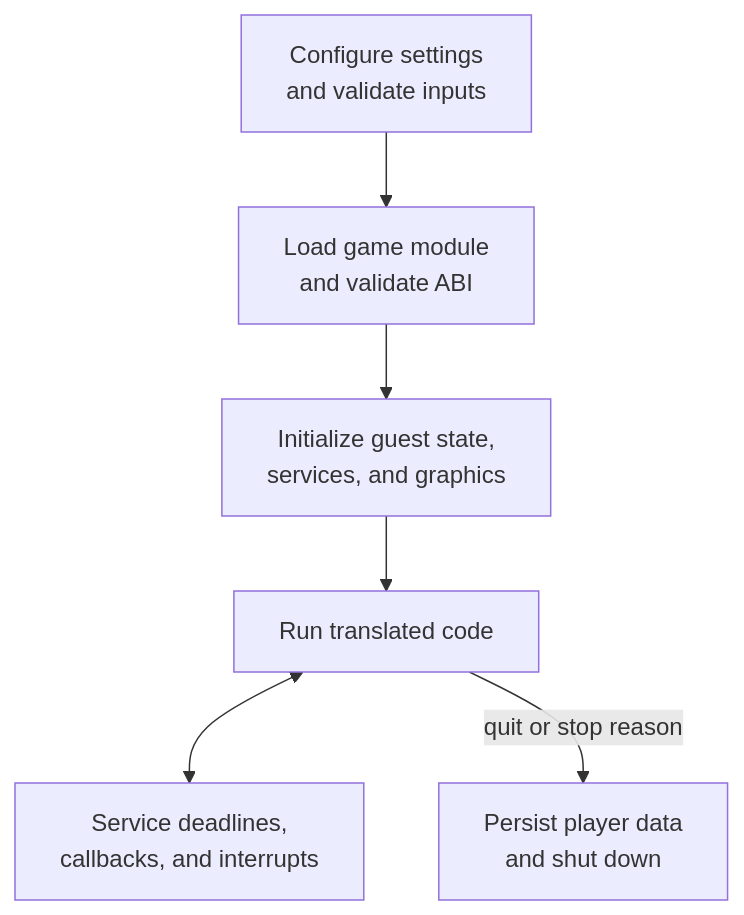
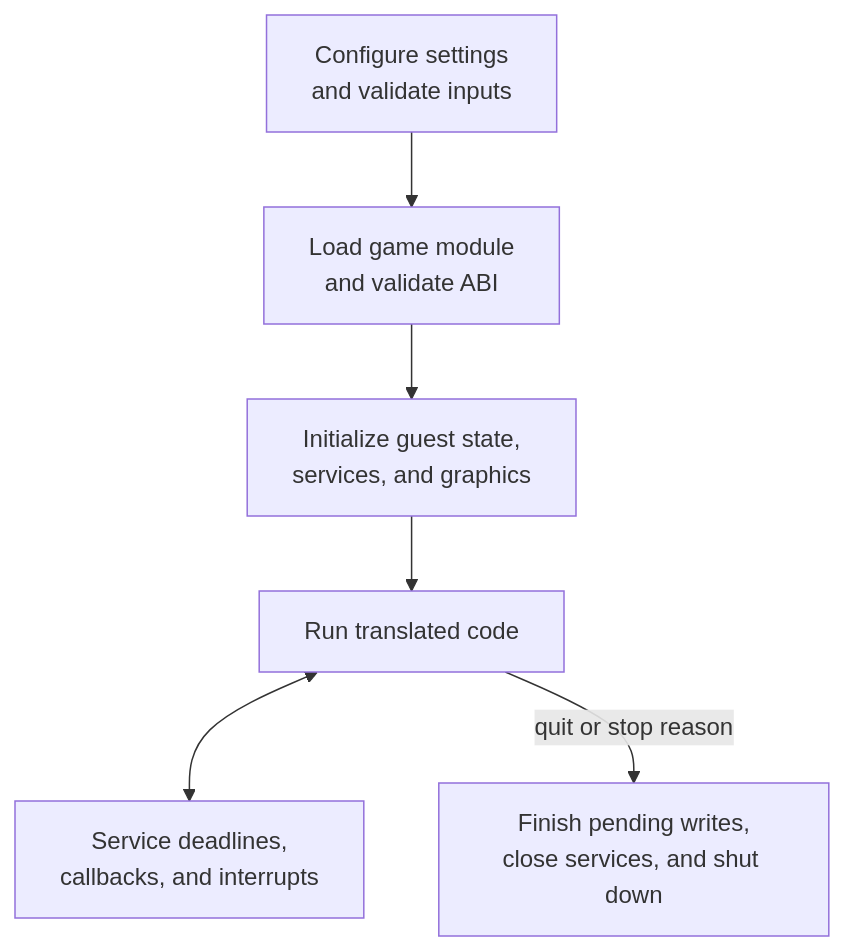
Before and after one commit to Aelbannan/boat_of_daphnes: the eighth of 9 diagrams in docs/architecture/Host.md, drawn with Mermaid. The commit also changed other lines of this file and 3 other files, not shown here.

Commit message:
docs: align runtime architecture contracts

````diff
--- a/docs/architecture/Host.md
+++ b/docs/architecture/Host.md
@@ -256,13 +256,13 @@
 ```mermaid
 flowchart TD
     Configure["Configure settings<br/>and validate inputs"]
     Load["Load game module<br/>and validate ABI"]
     Initialize["Initialize guest state,<br/>services, and graphics"]
     Run["Run translated code"]
     Service["Service deadlines,<br/>callbacks, and interrupts"]
-    Stop["Persist player data<br/>and shut down"]
+    Stop["Finish pending writes,<br/>close services, and shut down"]
 
     Configure --> Load --> Initialize --> Run
     Run <--> Service
     Run -->|"quit or stop reason"| Stop
 ```
````
